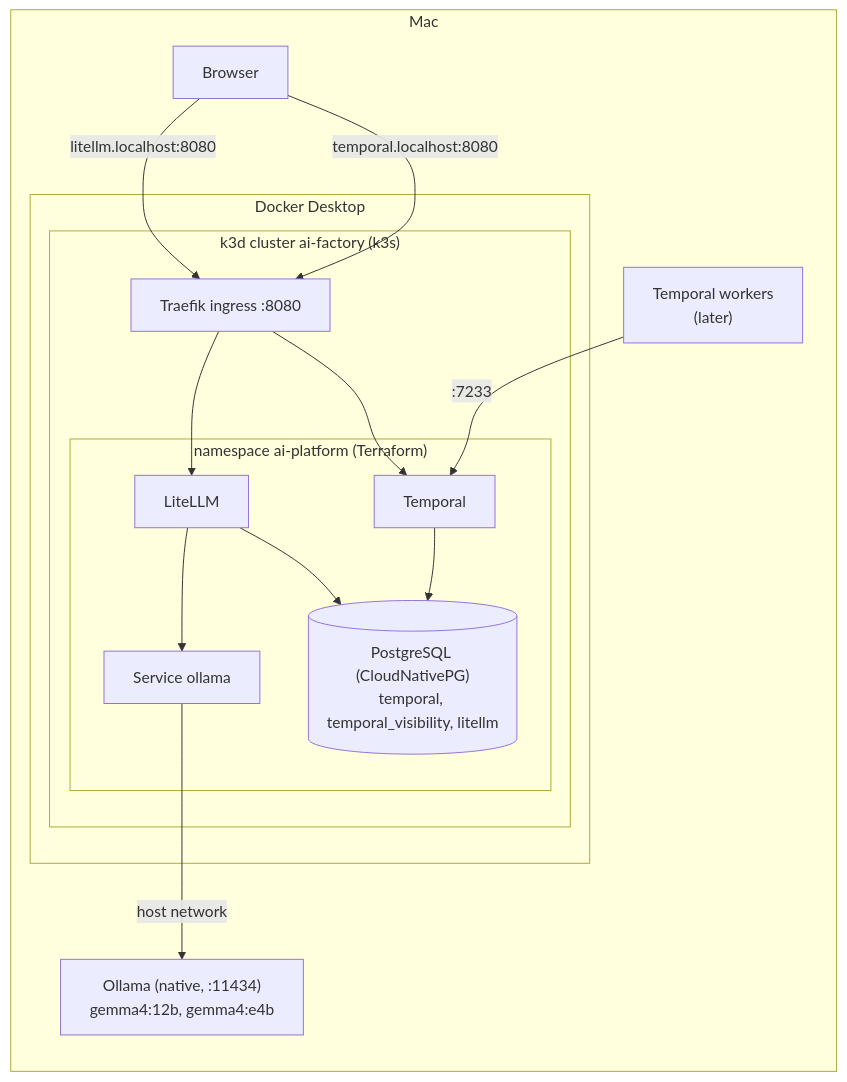
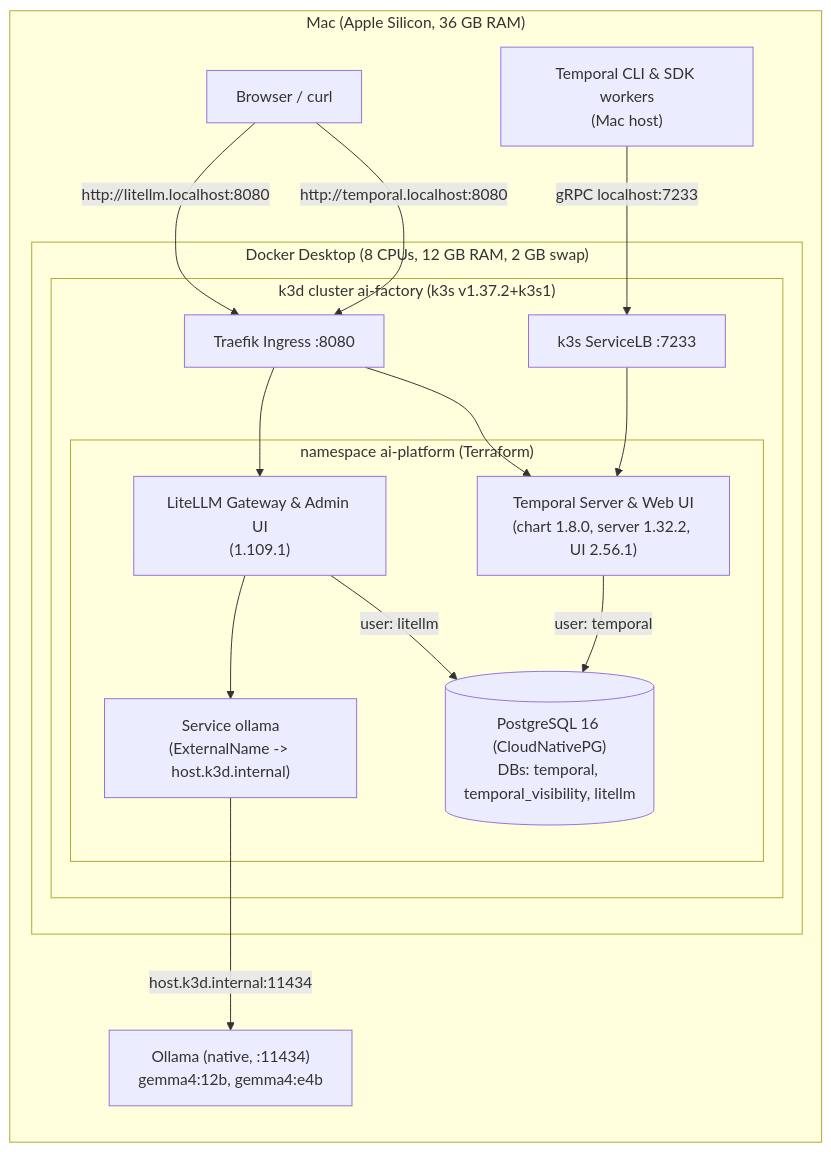
The diagram in docs/architecture.md (barbarosydev/ai-factory-infra), drawn with Mermaid before and after one commit. The commit also changed other lines of this file and 22 other files, not shown here.

````diff
--- a/docs/architecture.md
+++ b/docs/architecture.md
@@ -7,28 +5,30 @@
 ```mermaid
 flowchart LR
-  subgraph mac["Mac"]
+  subgraph mac["Mac (Apple Silicon, 36 GB RAM)"]
     ollama["Ollama (native, :11434)<br/>gemma4:12b, gemma4:e4b"]
-    worker["Temporal workers<br/>(later)"]
-    browser["Browser"]
-    subgraph docker["Docker Desktop"]
-      subgraph k3d["k3d cluster ai-factory (k3s)"]
-        traefik["Traefik ingress :8080"]
+    worker["Temporal CLI & SDK workers<br/>(Mac host)"]
+    browser["Browser / curl"]
+    subgraph docker["Docker Desktop (8 CPUs, 12 GB RAM, 2 GB swap)"]
+      subgraph k3d["k3d cluster ai-factory (k3s v1.37.2+k3s1)"]
+        traefik["Traefik Ingress :8080"]
+        svclb["k3s ServiceLB :7233"]
         subgraph ns["namespace ai-platform (Terraform)"]
-          litellm["LiteLLM"]
-          temporal["Temporal"]
-          svc["Service ollama"]
-          pg[("PostgreSQL (CloudNativePG)<br/>temporal, temporal_visibility, litellm")]
+          litellm["LiteLLM Gateway & Admin UI<br/>(1.109.1)"]
+          temporal["Temporal Server & Web UI<br/>(chart 1.8.0, server 1.32.2, UI 2.56.1)"]
+          svc["Service ollama<br/>(ExternalName -> host.k3d.internal)"]
+          pg[("PostgreSQL 16 (CloudNativePG)<br/>DBs: temporal, temporal_visibility, litellm")]
         end
       end
     end
   end
-  browser -->|litellm.localhost:8080| traefik
-  browser -->|temporal.localhost:8080| traefik
+  browser -->|"http://litellm.localhost:8080"| traefik
+  browser -->|"http://temporal.localhost:8080"| traefik
   traefik --> litellm
   traefik --> temporal
-  worker -->|:7233| temporal
+  worker -->|"gRPC localhost:7233"| svclb
+  svclb --> temporal
   litellm --> svc
-  svc -->|host network| ollama
-  litellm --> pg
-  temporal --> pg
+  svc -->|"host.k3d.internal:11434"| ollama
+  litellm -->|"user: litellm"| pg
+  temporal -->|"user: temporal"| pg
 ```
````
